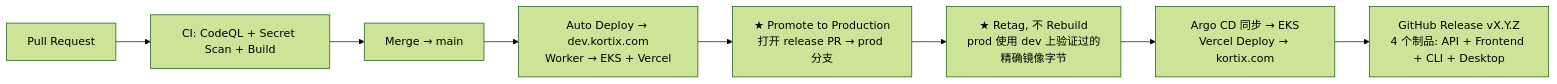
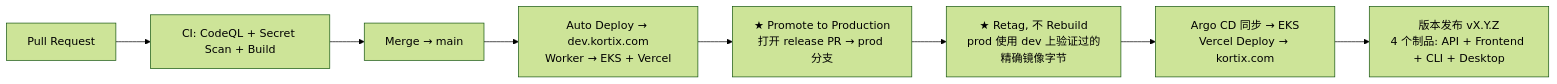
One commit to SilkLee/full-stack-guide changed diagram 13 of 19 in suna-deep-dive.md. Above: the diagram before and after it, drawn with Mermaid (forest theme). The commit also changed other lines of this file, not shown here.

Commit message:
Clarify: GitHub is only used by Suna team for dogfooding, Suna only needs standard Git protocol, works with GitLab

````diff
--- a/suna-deep-dive.md
+++ b/suna-deep-dive.md
@@ -934,12 +936,12 @@
 ```mermaid
 flowchart LR
     PR["Pull Request"] --> CI["CI: CodeQL + Secret Scan + Build"]
     CI --> MERGE["Merge → main"]
     MERGE --> DEV_DEPLOY["Auto Deploy → dev.kortix.com<br/>Worker → EKS + Vercel"]
     
     DEV_DEPLOY --> PROMOTE["★ Promote to Production<br/>打开 release PR → prod 分支"]
     PROMOTE --> RETAG["★ Retag, 不 Rebuild<br/>prod 使用 dev 上验证过的<br/>精确镜像字节"]
     RETAG --> PROD_DEPLOY["Argo CD 同步 → EKS<br/>Vercel Deploy → kortix.com"]
     
-    PROD_DEPLOY --> RELEASE["GitHub Release vX.Y.Z<br/>4 个制品: API + Frontend + CLI + Desktop"]
+    PROD_DEPLOY --> RELEASE["版本发布 vX.Y.Z<br/>4 个制品: API + Frontend + CLI + Desktop"]
 ```
````
